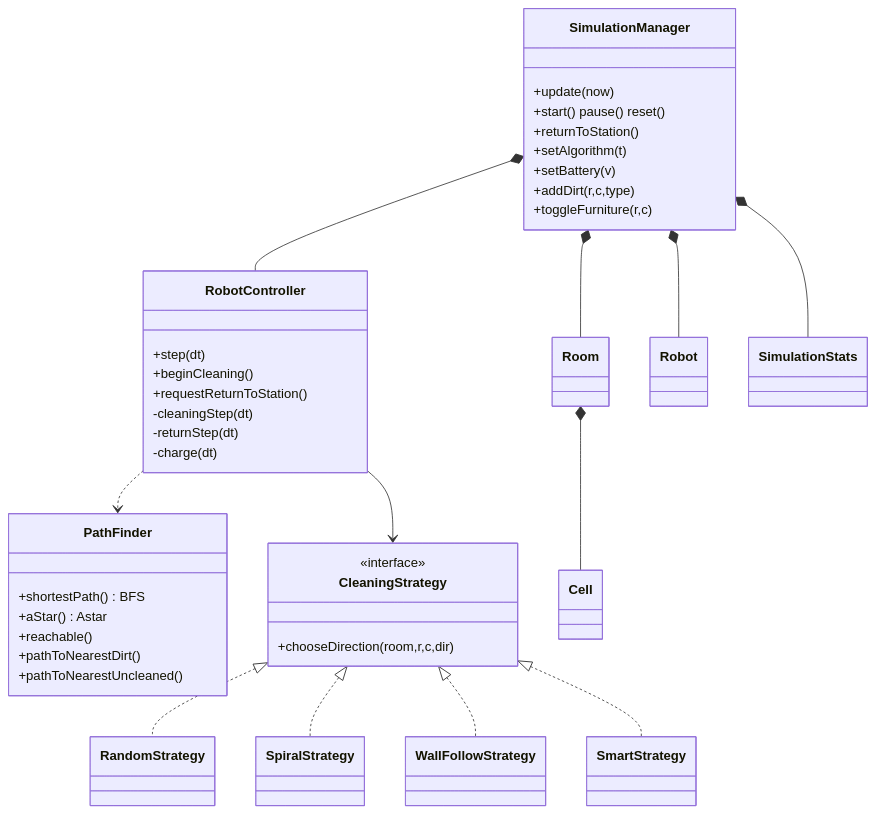
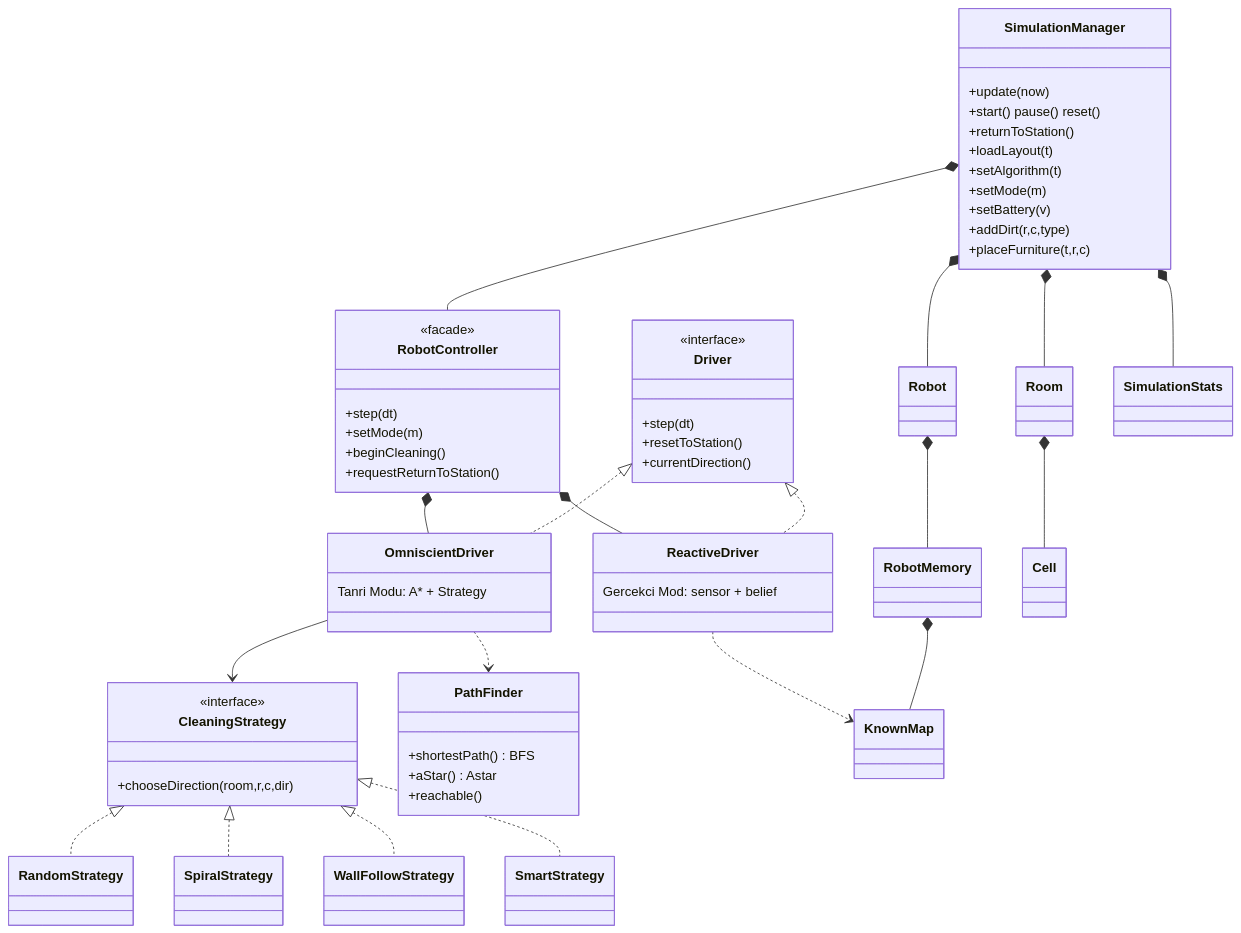
Before and after one commit to erdalgumuss/Robot-Vacuum-Simulation: the first of 2 diagrams in docs/report/REPORT.md, drawn with Mermaid. The commit also changed other lines of this file and 13 other files, not shown here.

````diff
--- a/docs/report/REPORT.md
+++ b/docs/report/REPORT.md
@@ -75,47 +75,66 @@
 ```mermaid
 classDiagram
     class SimulationManager {
         +update(now)
         +start() pause() reset()
         +returnToStation()
+        +loadLayout(t)
         +setAlgorithm(t)
+        +setMode(m)
         +setBattery(v)
         +addDirt(r,c,type)
-        +toggleFurniture(r,c)
+        +placeFurniture(t,r,c)
     }
     class RobotController {
+        <<facade>>
         +step(dt)
+        +setMode(m)
         +beginCleaning()
         +requestReturnToStation()
-        -cleaningStep(dt)
-        -returnStep(dt)
-        -charge(dt)
+    }
+    class Driver {
+        <<interface>>
+        +step(dt)
+        +resetToStation()
+        +currentDirection()
+    }
+    class OmniscientDriver {
+        Tanri Modu: A* + Strategy
+    }
+    class ReactiveDriver {
+        Gercekci Mod: sensor + belief
+    }
+    class CleaningStrategy {
+        <<interface>>
+        +chooseDirection(room,r,c,dir)
     }
     class PathFinder {
         +shortestPath() BFS
         +aStar() Astar
         +reachable()
-        +pathToNearestDirt()
-        +pathToNearestUncleaned()
-    }
-    class CleaningStrategy {
-        <<interface>>
-        +chooseDirection(room,r,c,dir)
     }
     class Room
     class Robot
-    class SimulationStats
+    class RobotMemory
+    class KnownMap
     class Cell
 
     SimulationManager *-- Room
     SimulationManager *-- Robot
     SimulationManager *-- SimulationStats
     SimulationManager *-- RobotController
-    RobotController --> CleaningStrategy
-    RobotController ..> PathFinder
+    RobotController *-- OmniscientDriver
+    RobotController *-- ReactiveDriver
+    Driver <|.. OmniscientDriver
+    Driver <|.. ReactiveDriver
+    OmniscientDriver --> CleaningStrategy
+    OmniscientDriver ..> PathFinder
+    ReactiveDriver ..> KnownMap
     Room *-- Cell
+    Robot *-- RobotMemory
+    RobotMemory *-- KnownMap
     CleaningStrategy <|.. RandomStrategy
     CleaningStrategy <|.. SpiralStrategy
     CleaningStrategy <|.. WallFollowStrategy
     CleaningStrategy <|.. SmartStrategy
 ```
````
